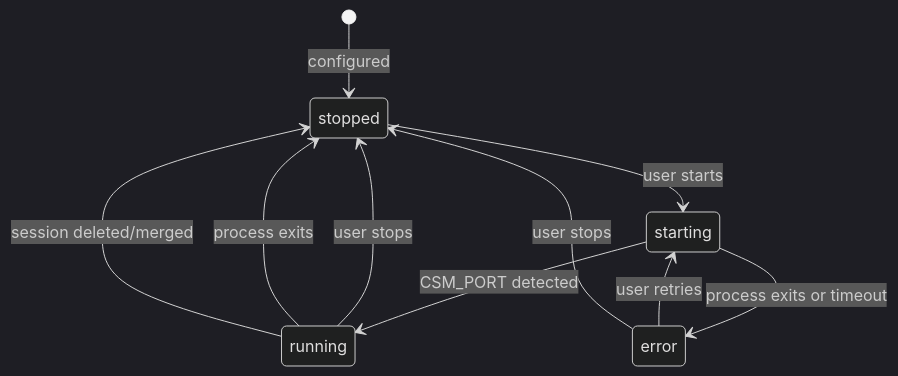
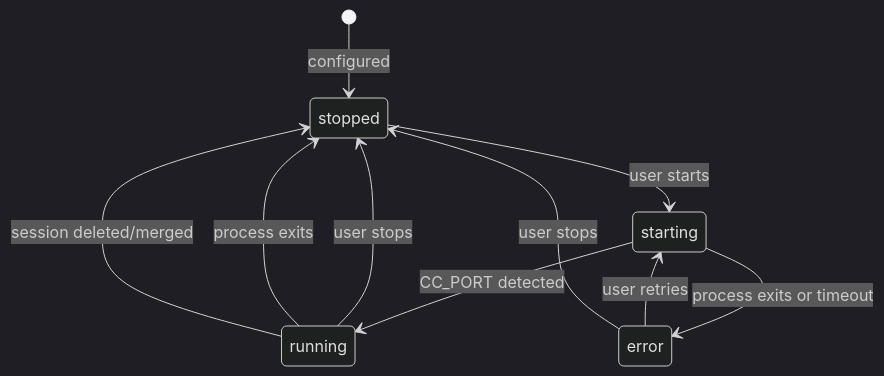
One commit to amhuppert/remote-ai-manager changed the fourth of 8 diagrams in .kiro/specs/dev-server-automation/design.md. Above: the diagram before and after it, drawn with Mermaid (dark theme). The commit also changed other lines of this file and 141 other files, not shown here.

````diff
--- a/.kiro/specs/dev-server-automation/design.md
+++ b/.kiro/specs/dev-server-automation/design.md
@@ -170,12 +170,12 @@
 ```mermaid
 stateDiagram-v2
     [*] --> stopped: configured
     stopped --> starting: user starts
-    starting --> running: CSM_PORT detected
+    starting --> running: CC_PORT detected
     starting --> error: process exits or timeout
     running --> stopped: user stops
     running --> stopped: process exits
     running --> stopped: session deleted/merged
     error --> starting: user retries
     error --> stopped: user stops
 ```
````
